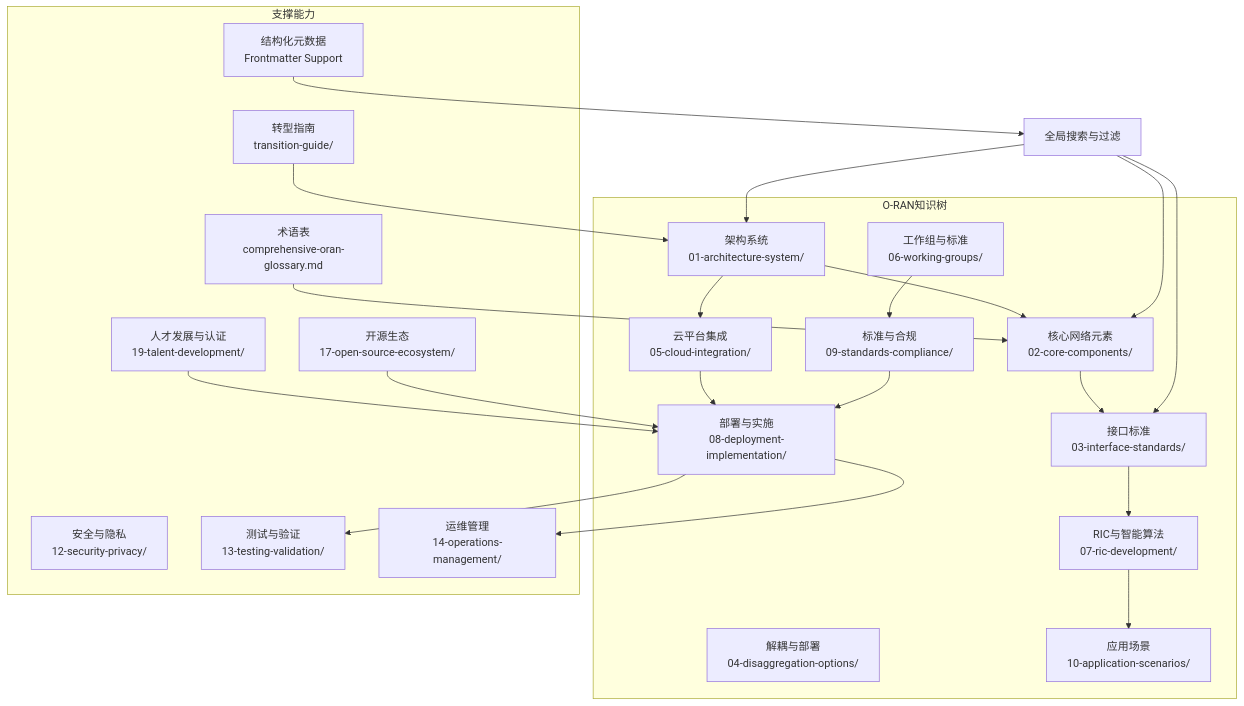
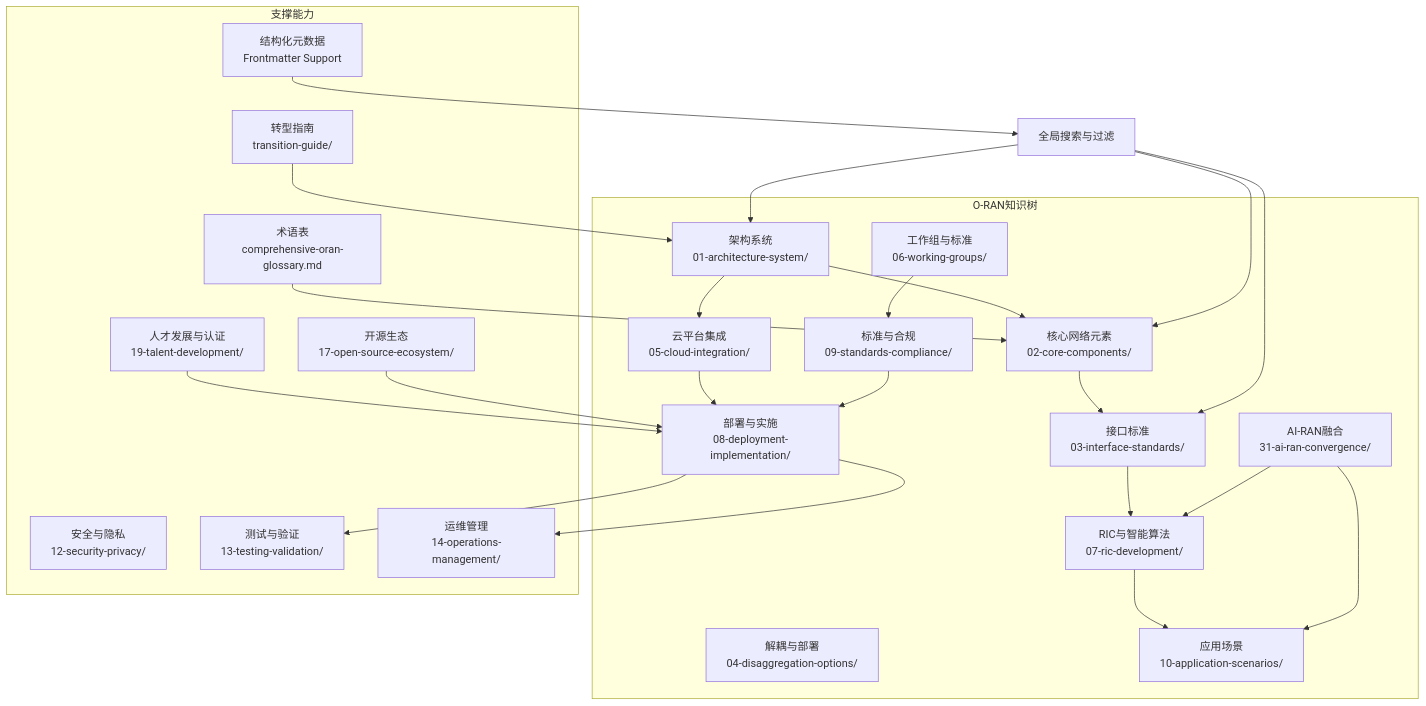
One commit to allengaller/oran-database changed the second of 7 diagrams in .qoder/repowiki/zh/content/项目概述.md. Above: the diagram before and after it, drawn with Mermaid. The commit also changed other lines of this file and 8 other files, not shown here.

````diff
--- a/.qoder/repowiki/zh/content/项目概述.md
+++ b/.qoder/repowiki/zh/content/项目概述.md
@@ -110,43 +119,46 @@
 ```mermaid
 graph TB
 subgraph "O-RAN知识树"
 Arch["架构系统<br/>01-architecture-system/"]
 Core["核心网络元素<br/>02-core-components/"]
 IF["接口标准<br/>03-interface-standards/"]
 Dis["解耦与部署<br/>04-disaggregation-options/"]
 Cloud["云平台集成<br/>05-cloud-integration/"]
 WG["工作组与标准<br/>06-working-groups/"]
 RIC["RIC与智能算法<br/>07-ric-development/"]
 Impl["部署与实施<br/>08-deployment-implementation/"]
 Std["标准与合规<br/>09-standards-compliance/"]
 App["应用场景<br/>10-application-scenarios/"]
+AIRAN["AI-RAN融合<br/>31-ai-ran-convergence/"]
 end
 subgraph "支撑能力"
 Tal["人才发展与认证<br/>19-talent-development/"]
 Sec["安全与隐私<br/>12-security-privacy/"]
 Test["测试与验证<br/>13-testing-validation/"]
 Ops["运维管理<br/>14-operations-management/"]
 Eco["开源生态<br/>17-open-source-ecosystem/"]
 Gloss["术语表<br/>comprehensive-oran-glossary.md"]
 Trans["转型指南<br/>transition-guide/"]
 Meta["结构化元数据<br/>Frontmatter Support"]
 end
 Arch --> Core
 Core --> IF
 IF --> RIC
 Arch --> Cloud
 Cloud --> Impl
 Impl --> Ops
 Impl --> Test
 RIC --> App
 Std --> Impl
 WG --> Std
 Tal --> Impl
 Eco --> Impl
 Gloss --> Core
 Trans --> Arch
 Meta --> All["全局搜索与过滤"]
 All --> Arch
 All --> Core
 All --> IF
+AIRAN --> RIC
+AIRAN --> App
 ```
````
